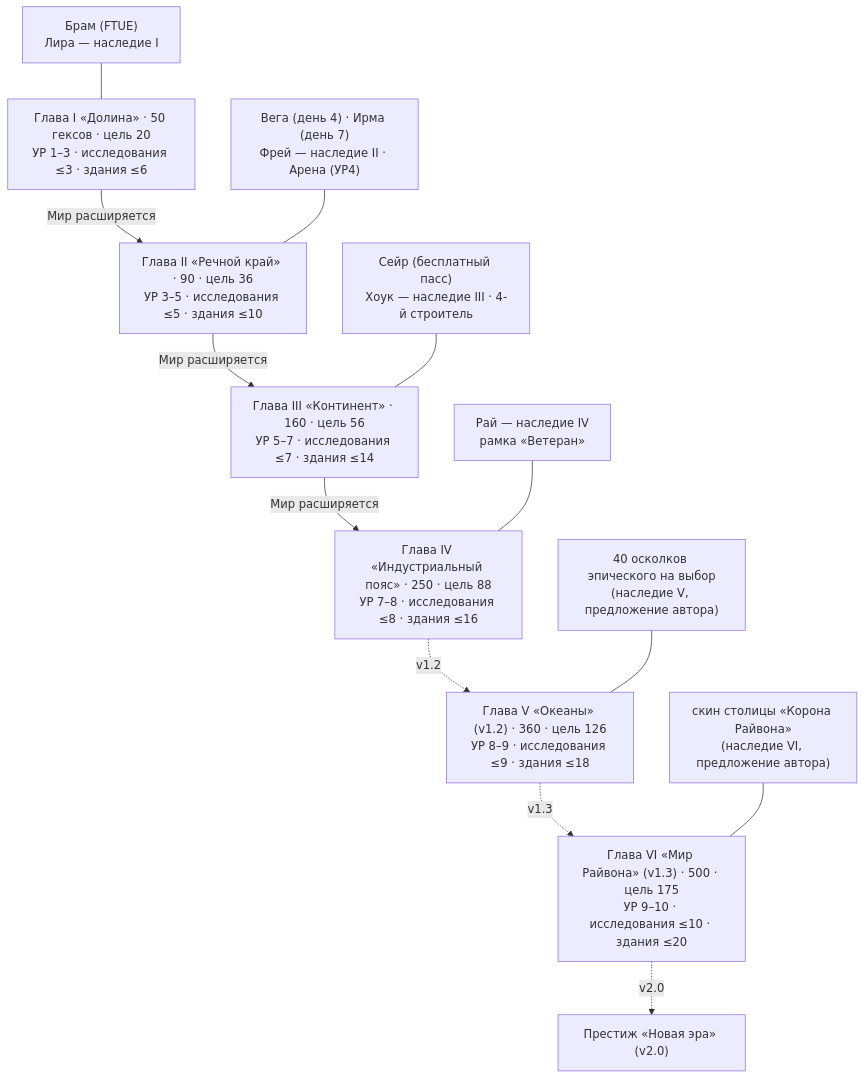
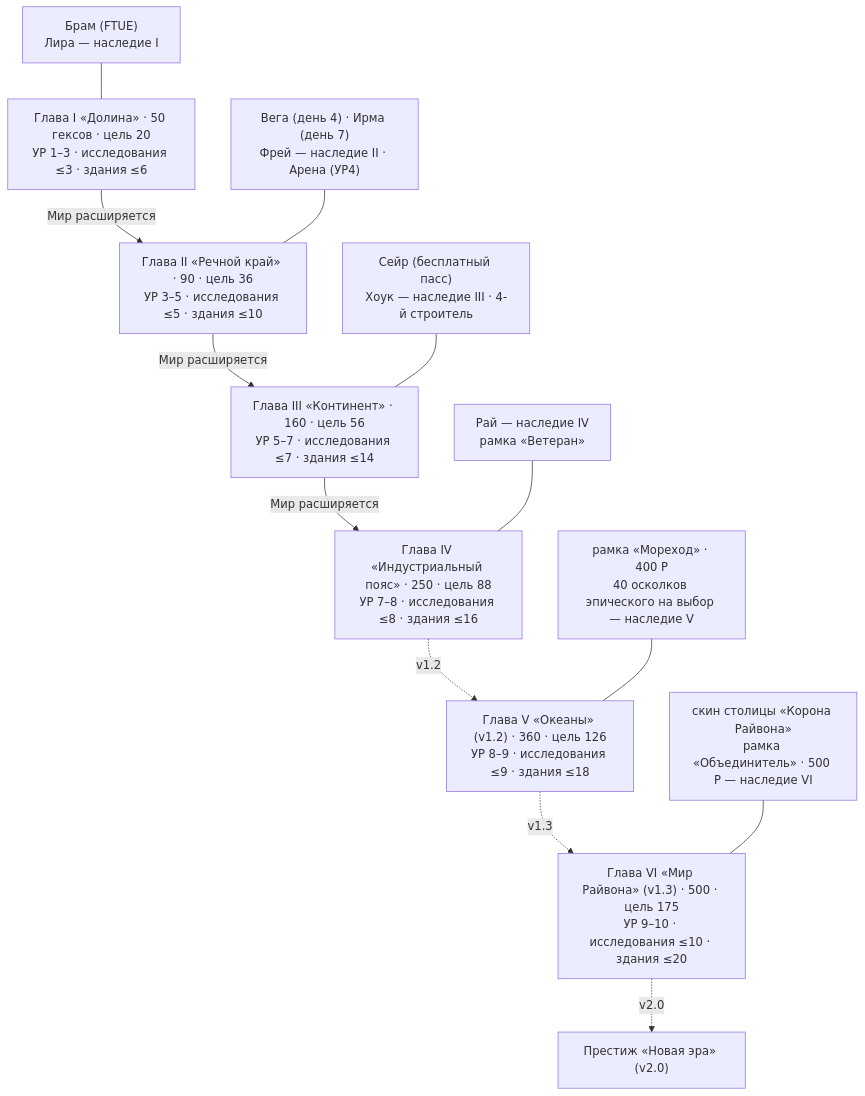
The first of 7 diagrams in docs/gdd/07_progression_meta.md (kaboomenko/Raivon), drawn with Mermaid before and after one commit. The commit also changed other lines of this file and 12 other files, not shown here.

````diff
--- a/docs/gdd/07_progression_meta.md
+++ b/docs/gdd/07_progression_meta.md
@@ -73,20 +69,20 @@
 ```mermaid
 flowchart TB
   CH1["Глава I «Долина» · 50 гексов · цель 20<br/>УР 1–3 · исследования ≤3 · здания ≤6"]
   CH2["Глава II «Речной край» · 90 · цель 36<br/>УР 3–5 · исследования ≤5 · здания ≤10"]
   CH3["Глава III «Континент» · 160 · цель 56<br/>УР 5–7 · исследования ≤7 · здания ≤14"]
   CH4["Глава IV «Индустриальный пояс» · 250 · цель 88<br/>УР 7–8 · исследования ≤8 · здания ≤16"]
   CH5["Глава V «Океаны» (v1.2) · 360 · цель 126<br/>УР 8–9 · исследования ≤9 · здания ≤18"]
   CH6["Глава VI «Мир Райвона» (v1.3) · 500 · цель 175<br/>УР 9–10 · исследования ≤10 · здания ≤20"]
   PR["Престиж «Новая эра» (v2.0)"]
 
   CH1 -->|"Мир расширяется"| CH2 -->|"Мир расширяется"| CH3 -->|"Мир расширяется"| CH4
   CH4 -.->|"v1.2"| CH5 -.->|"v1.3"| CH6 -.->|"v2.0"| PR
 
   C1["Брам (FTUE)<br/>Лира — наследие I"] --- CH1
   C2["Вега (день 4) · Ирма (день 7)<br/>Фрей — наследие II · Арена (УР4)"] --- CH2
   C3["Сейр (бесплатный пасс)<br/>Хоук — наследие III · 4-й строитель"] --- CH3
   C4["Рай — наследие IV<br/>рамка «Ветеран»"] --- CH4
-  C5["40 осколков эпического на выбор<br/>(наследие V, предложение автора)"] --- CH5
-  C6["скин столицы «Корона Райвона»<br/>(наследие VI, предложение автора)"] --- CH6
+  C5["рамка «Мореход» · 400 Р<br/>40 осколков эпического на выбор — наследие V"] --- CH5
+  C6["скин столицы «Корона Райвона»<br/>рамка «Объединитель» · 500 Р — наследие VI"] --- CH6
 ```
````
